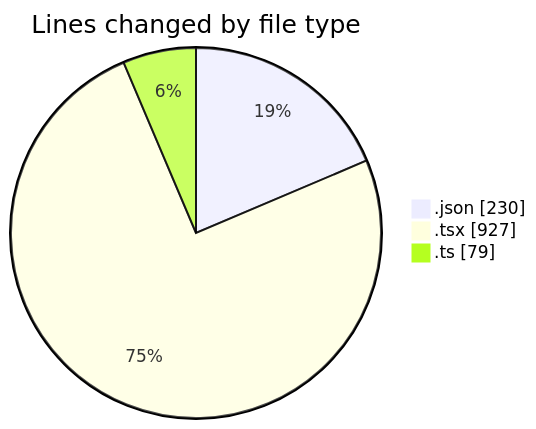
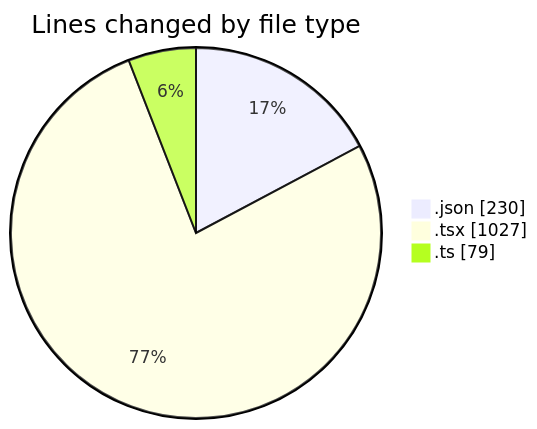
Before and after one commit to Elitesun/code-tracking: the first of 2 diagrams in 2025-05-09/un_laala/README.md, drawn with Mermaid. The commit also changed other lines of this file and 1 other file, not shown here.

````diff
--- a/2025-05-09/un_laala/README.md
+++ b/2025-05-09/un_laala/README.md
@@ -26,7 +26,7 @@
 ```mermaid
 pie showData
 title Lines changed by file type
 ".json" : 230
-".tsx" : 927
+".tsx" : 1027
 ".ts" : 79
 ```
````
